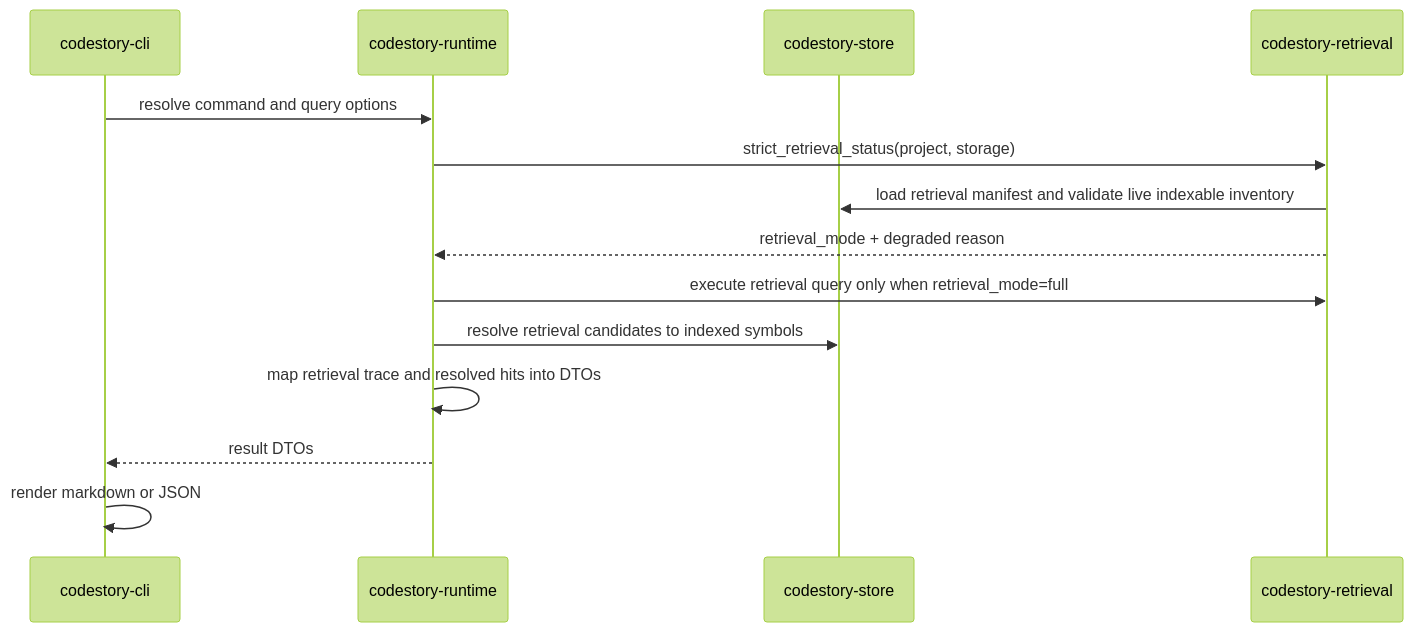
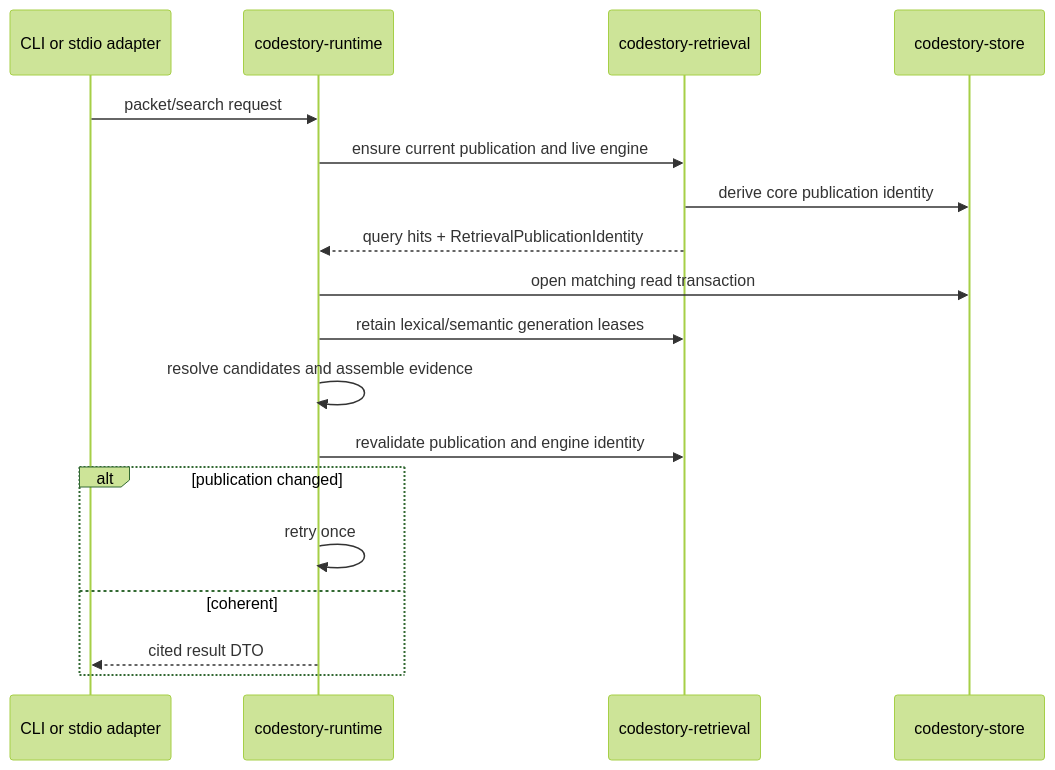
The second of 2 diagrams in docs/architecture/runtime-execution-path.md (TheGreenCedar/CodeStory), drawn with Mermaid (forest theme) before and after one commit. The commit also changed other lines of this file and 85 other files, not shown here.

````diff
--- a/docs/architecture/runtime-execution-path.md
+++ b/docs/architecture/runtime-execution-path.md
@@ -21,17 +64,21 @@
 ```mermaid
 sequenceDiagram
-    participant CLI as codestory-cli
+    participant Adapter as CLI or stdio adapter
     participant Runtime as codestory-runtime
+    participant Retrieval as codestory-retrieval
     participant Store as codestory-store
-    participant Retrieval as codestory-retrieval
 
-    CLI->>Runtime: resolve command and query options
-    Runtime->>Retrieval: strict_retrieval_status(project, storage)
-    Retrieval->>Store: load retrieval manifest and validate live indexable inventory
-    Retrieval-->>Runtime: retrieval_mode + degraded reason
-    Runtime->>Retrieval: execute retrieval query only when retrieval_mode=full
-    Runtime->>Store: resolve retrieval candidates to indexed symbols
-    Runtime->>Runtime: map retrieval trace and resolved hits into DTOs
-    Runtime-->>CLI: result DTOs
-    CLI->>CLI: render markdown or JSON
+    Adapter->>Runtime: packet/search request
+    Runtime->>Retrieval: ensure current publication and live engine
+    Retrieval->>Store: derive core publication identity
+    Retrieval-->>Runtime: query hits + RetrievalPublicationIdentity
+    Runtime->>Store: open matching read transaction
+    Runtime->>Retrieval: retain lexical/semantic generation leases
+    Runtime->>Runtime: resolve candidates and assemble evidence
+    Runtime->>Retrieval: revalidate publication and engine identity
+    alt publication changed
+        Runtime->>Runtime: retry once
+    else coherent
+        Runtime-->>Adapter: cited result DTO
+    end
 ```
````
